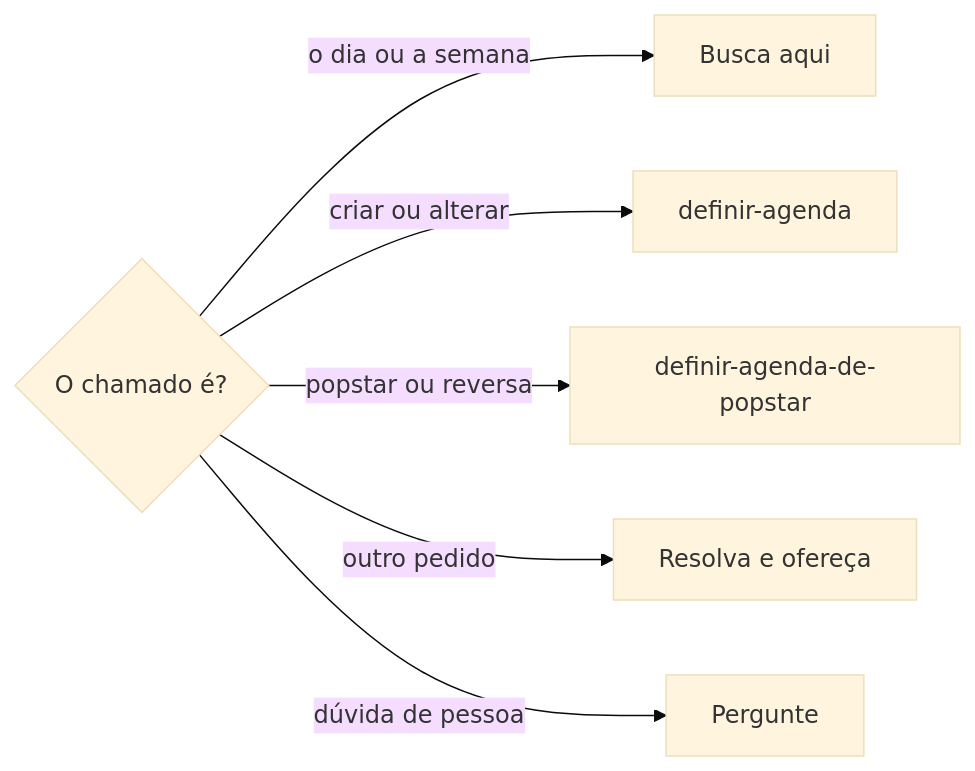
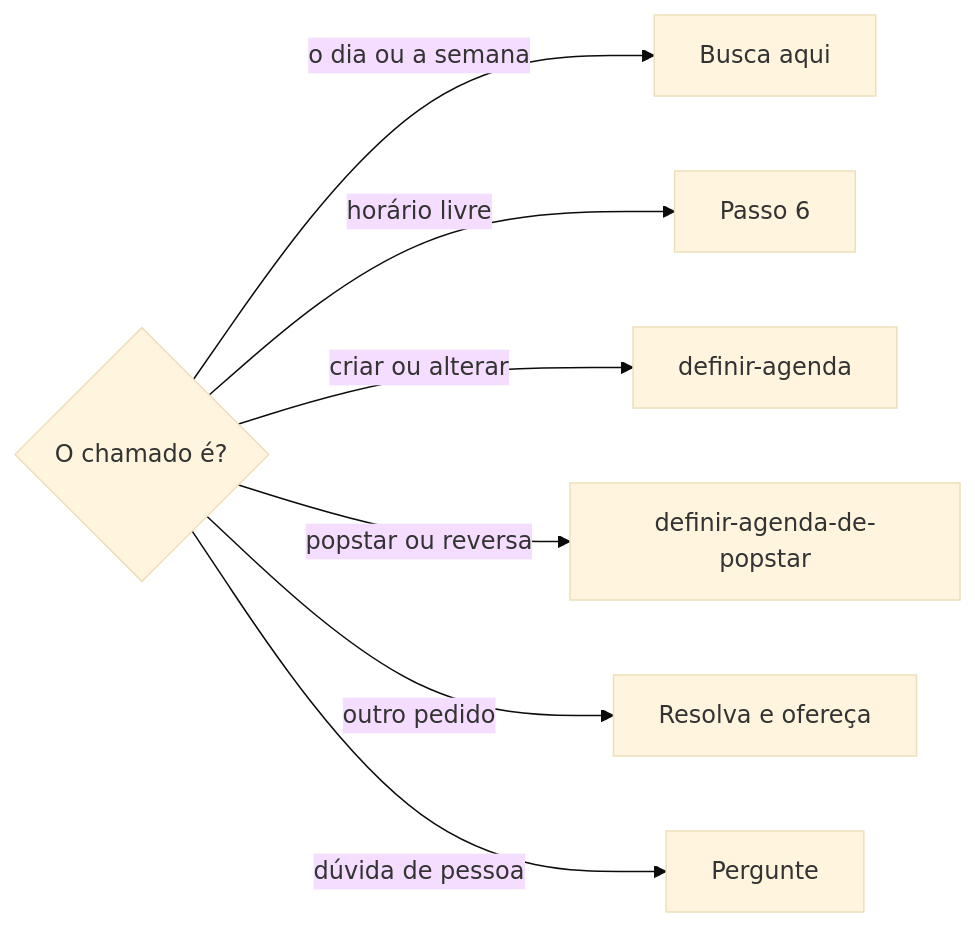
The first of 2 diagrams in .agents/skills/procurar-agenda/SKILL.md (jimmyandrade/harness), drawn with Mermaid (base theme) before and after one commit. The commit also changed other lines of this file and 3 other files, not shown here.

````diff
--- a/.agents/skills/procurar-agenda/SKILL.md
+++ b/.agents/skills/procurar-agenda/SKILL.md
@@ -42,8 +46,9 @@
 ```mermaid
 flowchart LR
   Q{O chamado é?} -->|o dia ou a semana| A[Busca aqui]
+  Q -->|horário livre| L[Passo 6]
   Q -->|criar ou alterar| D[definir-agenda]
   Q -->|popstar ou reversa| P[definir-agenda-de-popstar]
   Q -->|outro pedido| O[Resolva e ofereça]
   Q -->|dúvida de pessoa| U[Pergunte]
 ```
````
